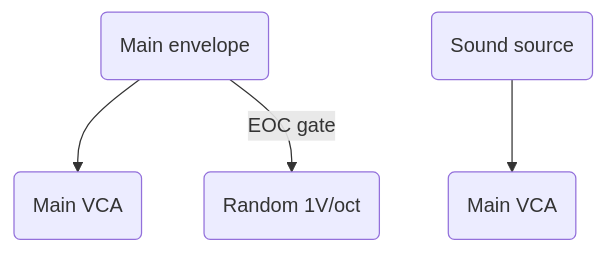
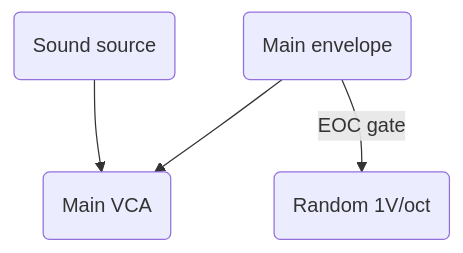
Before and after one commit to aidanreilly/man_synth: the diagram in _drafts/buscephalus.md, drawn with Mermaid. The commit also changed 1 other file, not shown here.

```diff
--- a/_drafts/buscephalus.md
+++ b/_drafts/buscephalus.md
@@ -12,6 +12,6 @@
 <div class="mermaid">
 graph TD;
 A(Master envelope) -->B(Main VCA)
-C(Sound source)-->D(Main VCA)
+C(Sound source)-->B(Main VCA)
 A(Main envelope) -->|EOC gate|J(Random 1V/oct)
 </div>
```
